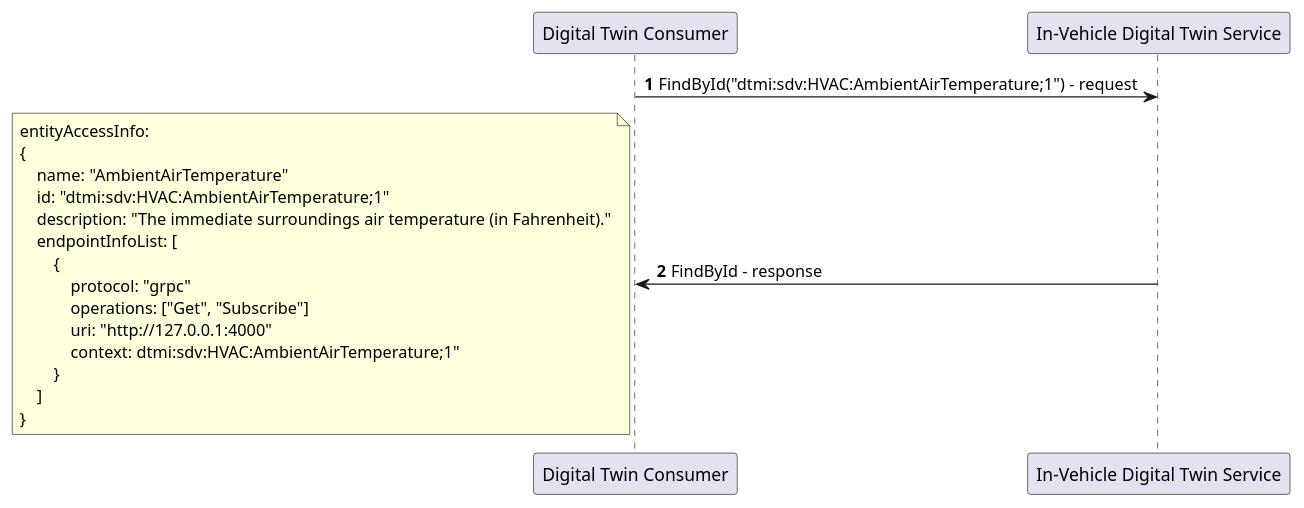
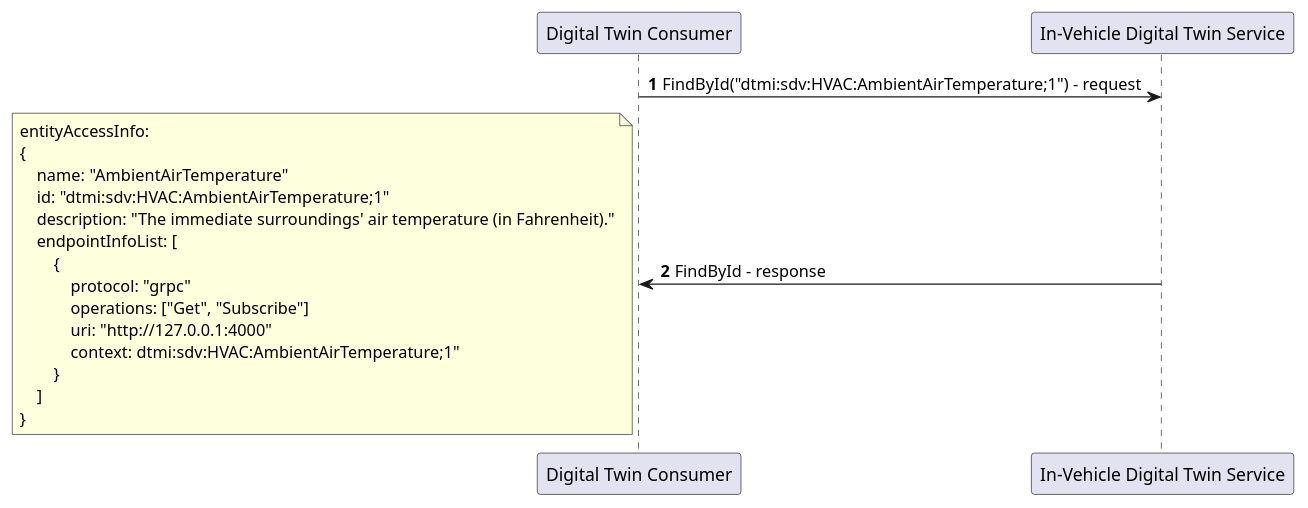
One commit to eclipse-ibeji/ibeji changed the diagram in docs/design/diagrams/findbyid_sequence.puml. Above: the diagram before and after it, drawn with PlantUML. The commit also changed 39 other files, not shown here.

```diff
--- a/docs/design/diagrams/findbyid_sequence.puml
+++ b/docs/design/diagrams/findbyid_sequence.puml
@@ -1,24 +1,24 @@
 @startuml
 
 autonumber
 
 "Digital Twin Consumer" -> "In-Vehicle Digital Twin Service" : FindById("dtmi:sdv:HVAC:AmbientAirTemperature;1") - request
 "Digital Twin Consumer" <- "In-Vehicle Digital Twin Service" : FindById - response
 note left
 entityAccessInfo:
 {
     name: "AmbientAirTemperature"
     id: "dtmi:sdv:HVAC:AmbientAirTemperature;1"
-    description: "The immediate surroundings air temperature (in Fahrenheit)."
+    description: "The immediate surroundings' air temperature (in Fahrenheit)."
     endpointInfoList: [
         {
             protocol: "grpc"
             operations: ["Get", "Subscribe"]
             uri: "http://127.0.0.1:4000"
             context: dtmi:sdv:HVAC:AmbientAirTemperature;1"
         }
     ]
 }
 end note
 
 @enduml
```
